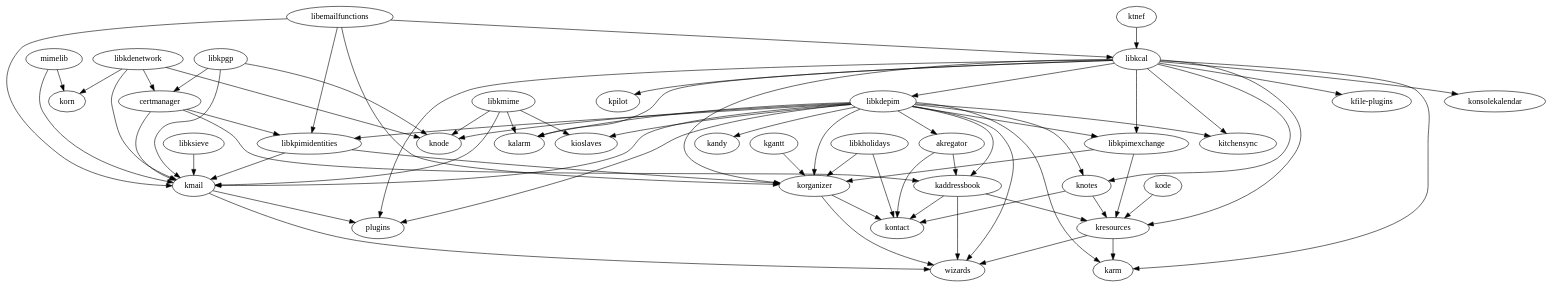
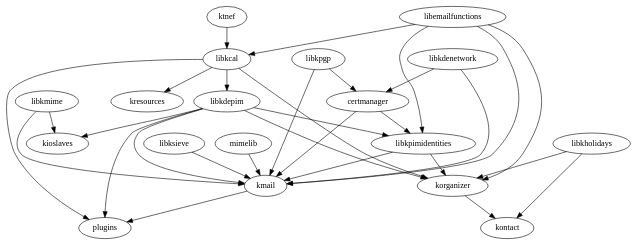
One commit to kde3-revival/kde3-pim changed the diagram in dependency-graph.dot. Above: the diagram before and after it, drawn with Graphviz. The commit also changed 3 other files, not shown here.

First line of the commit message:
Update README, MAINTAINERS, Mainpage.dox and dependency-graph.dot

```diff
--- a/dependency-graph.dot
+++ b/dependency-graph.dot
@@ -1,73 +1,33 @@
 # to create a ps file use 'dot -Tps -o dependency-graph.ps dependency-graph.dot' (dot it part of the graphviz package)
 digraph "inter-dependency graph for kdepim" {
-        "akregator" -> "kaddressbook";
-        "akregator" -> "kontact";
-        "certmanager" -> "kaddressbook";
         "certmanager" -> "kmail";
         "certmanager" -> "libkpimidentities";
-        "kaddressbook" -> "kontact";
-        "kaddressbook" -> "kresources";
-        "kaddressbook" -> "wizards";
-        "kgantt" -> "korganizer";
         "kmail" -> "plugins";
-        "kmail" -> "wizards";
-        "knotes" -> "kontact";
-        "knotes" -> "kresources";
-        "kode" -> "kresources";
         "korganizer" -> "kontact";
-        "korganizer" -> "wizards";
-        "kresources" -> "karm";
-        "kresources" -> "wizards";
         "ktnef" -> "libkcal";
         "libemailfunctions" -> "kmail";
         "libemailfunctions" -> "korganizer";
         "libemailfunctions" -> "libkcal";
         "libemailfunctions" -> "libkpimidentities";
-        "libkcal" -> "kalarm";
-        "libkcal" -> "karm";
-        "libkcal" -> "kfile-plugins";
-        "libkcal" -> "kitchensync";
-        "libkcal" -> "knotes";
-        "libkcal" -> "konsolekalendar";
         "libkcal" -> "korganizer";
-        "libkcal" -> "kpilot";
         "libkcal" -> "kresources";
         "libkcal" -> "libkdepim";
-        "libkcal" -> "libkpimexchange";
         "libkcal" -> "plugins";
         "libkdenetwork" -> "certmanager";
         "libkdenetwork" -> "kmail";
-        "libkdenetwork" -> "knode";
-        "libkdenetwork" -> "korn";
-        "libkdepim" -> "akregator";
-        "libkdepim" -> "kaddressbook";
-        "libkdepim" -> "kalarm";
-        "libkdepim" -> "kandy";
-        "libkdepim" -> "karm";
         "libkdepim" -> "kioslaves";
-        "libkdepim" -> "kitchensync";
         "libkdepim" -> "kmail";
-        "libkdepim" -> "knode";
-        "libkdepim" -> "knotes";
         "libkdepim" -> "korganizer";
-        "libkdepim" -> "libkpimexchange";
         "libkdepim" -> "libkpimidentities";
         "libkdepim" -> "plugins";
-        "libkdepim" -> "wizards";
         "libkholidays" -> "kontact";
         "libkholidays" -> "korganizer";
-        "libkmime" -> "kalarm";
         "libkmime" -> "kioslaves";
         "libkmime" -> "kmail";
-        "libkmime" -> "knode";
         "libkpgp" -> "certmanager";
         "libkpgp" -> "kmail";
-        "libkpgp" -> "knode";
-        "libkpimexchange" -> "korganizer";
-        "libkpimexchange" -> "kresources";
         "libkpimidentities" -> "kmail";
         "libkpimidentities" -> "korganizer";
         "libksieve" -> "kmail";
         "mimelib" -> "kmail";
-        "mimelib" -> "korn";
 }
```
